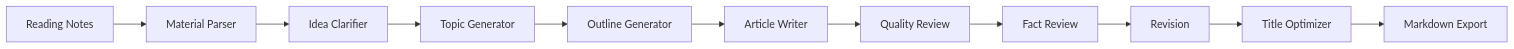
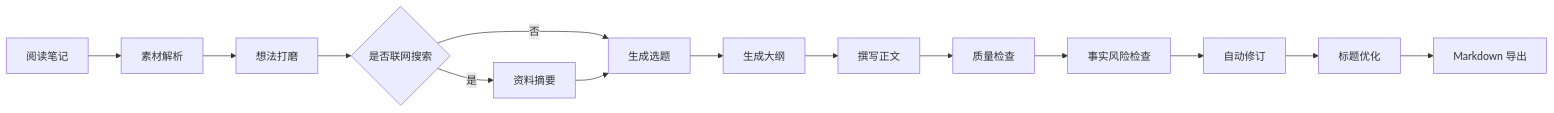
The first of 2 diagrams in README.md (yuzhao6chen/NoteForge-AI), drawn with Mermaid before and after one commit. The commit also changed other lines of this file, not shown here.

````diff
--- a/README.md
+++ b/README.md
@@ -40,13 +41,16 @@
 ```mermaid
 flowchart LR
-  A[Reading Notes] --> B[Material Parser]
-  B --> C[Idea Clarifier]
-  C --> D[Topic Generator]
-  D --> E[Outline Generator]
-  E --> F[Article Writer]
-  F --> G[Quality Review]
-  G --> H[Fact Review]
-  H --> I[Revision]
-  I --> J[Title Optimizer]
-  J --> K[Markdown Export]
+  A[阅读笔记] --> B[素材解析]
+  B --> C[想法打磨]
+  C --> D{是否联网搜索}
+  D -->|是| E[资料摘要]
+  D -->|否| F[生成选题]
+  E --> F
+  F --> G[生成大纲]
+  G --> H[撰写正文]
+  H --> I[质量检查]
+  I --> J[事实风险检查]
+  J --> K[自动修订]
+  K --> L[标题优化]
+  L --> M[Markdown 导出]
 ```
````
